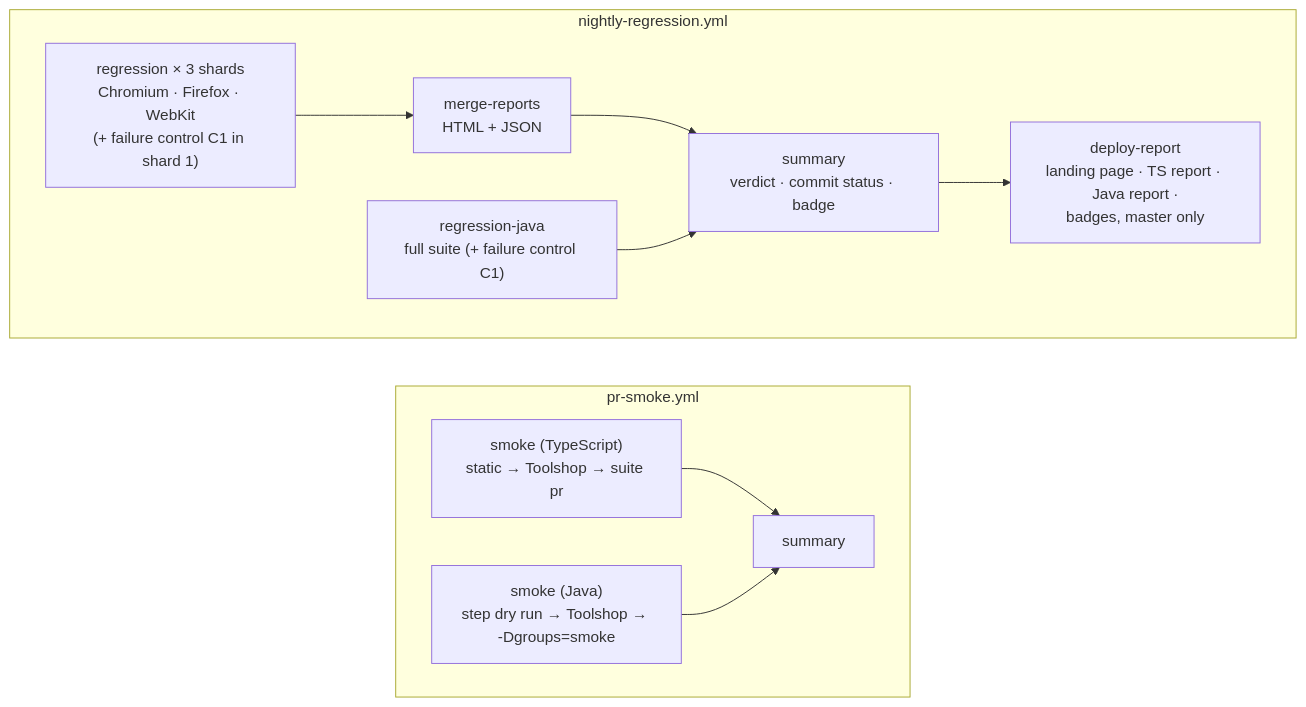
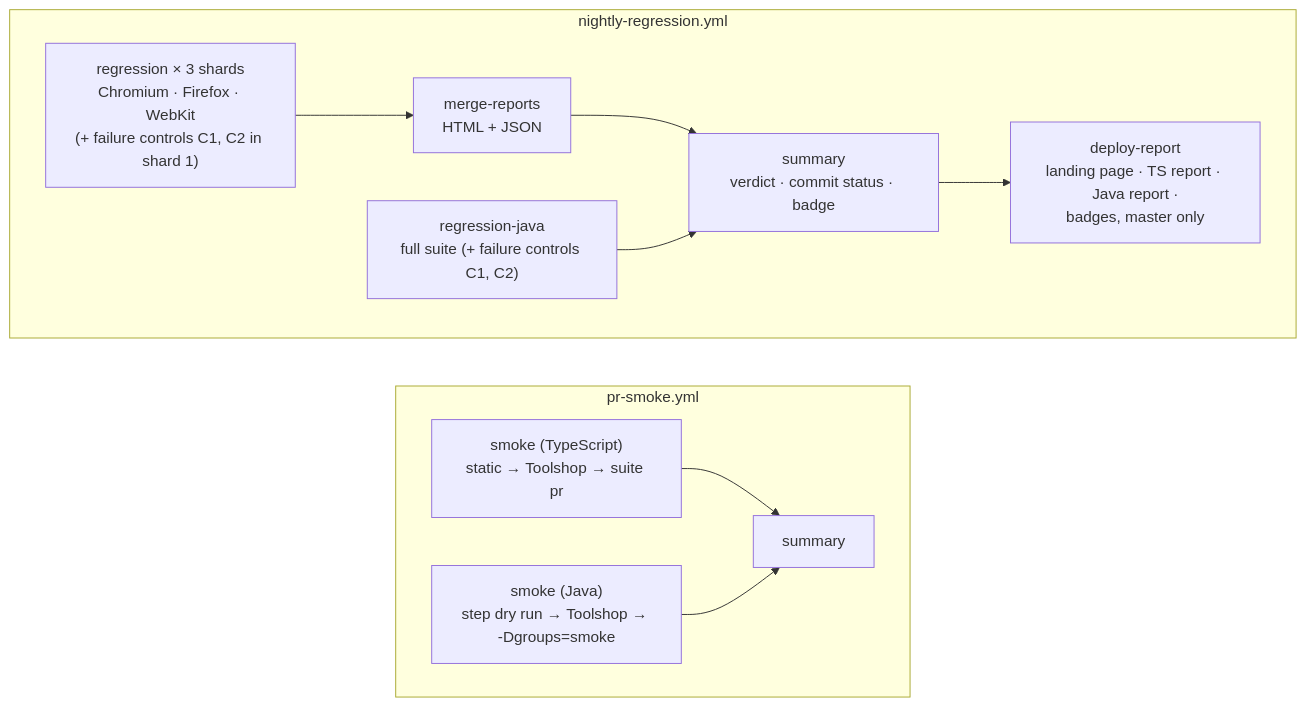
Before and after one commit to junchunip-hue/playwright-e2e-showcase: the diagram in docs/ci.md, drawn with Mermaid. The commit also changed other lines of this file and 23 other files, not shown here.

First line of the commit message:
Failure screenshots at the failed step, in both languages; two controls

````diff
--- a/docs/ci.md
+++ b/docs/ci.md
@@ -29,14 +29,14 @@
 ```mermaid
 flowchart LR
   subgraph PRW["pr-smoke.yml"]
     direction LR
     A["smoke (TypeScript)<br/>static → Toolshop → suite pr"] --> C["summary"]
     B["smoke (Java)<br/>step dry run → Toolshop → -Dgroups=smoke"] --> C
   end
   subgraph NW["nightly-regression.yml"]
     direction LR
-    R["regression × 3 shards<br/>Chromium · Firefox · WebKit<br/>(+ failure control C1 in shard 1)"] --> M["merge-reports<br/>HTML + JSON"] --> S["summary<br/>verdict · commit status · badge"]
-    RJ["regression-java<br/>full suite (+ failure control C1)"] --> S
+    R["regression × 3 shards<br/>Chromium · Firefox · WebKit<br/>(+ failure controls C1, C2 in shard 1)"] --> M["merge-reports<br/>HTML + JSON"] --> S["summary<br/>verdict · commit status · badge"]
+    RJ["regression-java<br/>full suite (+ failure controls C1, C2)"] --> S
     S --> D["deploy-report<br/>landing page · TS report · Java report ·<br/>badges, master only"]
   end
 ```
````
